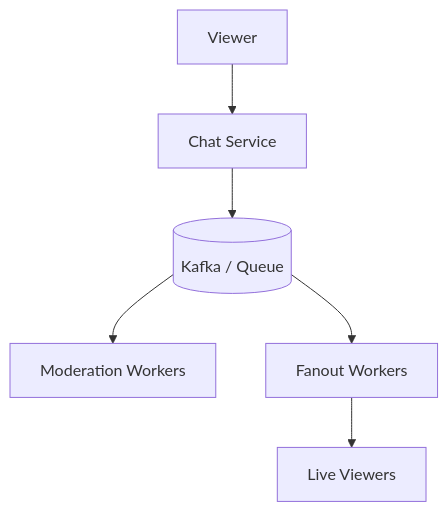
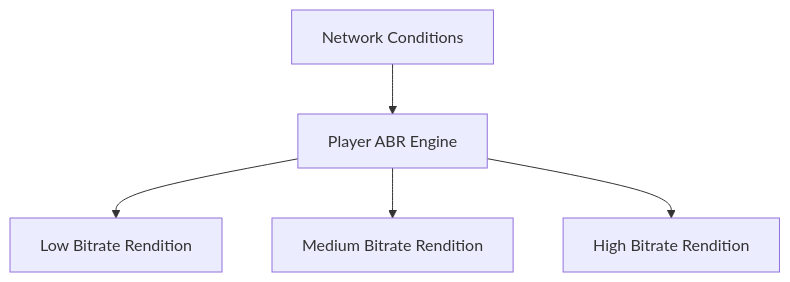
One commit to gojosatoru123-ux/CacheU changed the seventh of 16 diagrams in src/content/design-a-live-streaming-service.md. Above: the diagram before and after it, drawn with Mermaid. The commit also changed other lines of this file and 13 other files, not shown here.

````diff
--- a/src/content/design-a-live-streaming-service.md
+++ b/src/content/design-a-live-streaming-service.md
@@ -509,8 +589,7 @@
 ```mermaid
 flowchart TD
-    Viewer --> ChatAPI[Chat Service]
-    ChatAPI --> Queue[(Kafka / Queue)]
-    Queue --> Moderation[Moderation Workers]
-    Queue --> Fanout[Fanout Workers]
-    Fanout --> ConnectedUsers[Live Viewers]
+    Net[Network Conditions] --> Player[Player ABR Engine]
+    Player --> Low[Low Bitrate Rendition]
+    Player --> Mid[Medium Bitrate Rendition]
+    Player --> High[High Bitrate Rendition]
 ```
````
